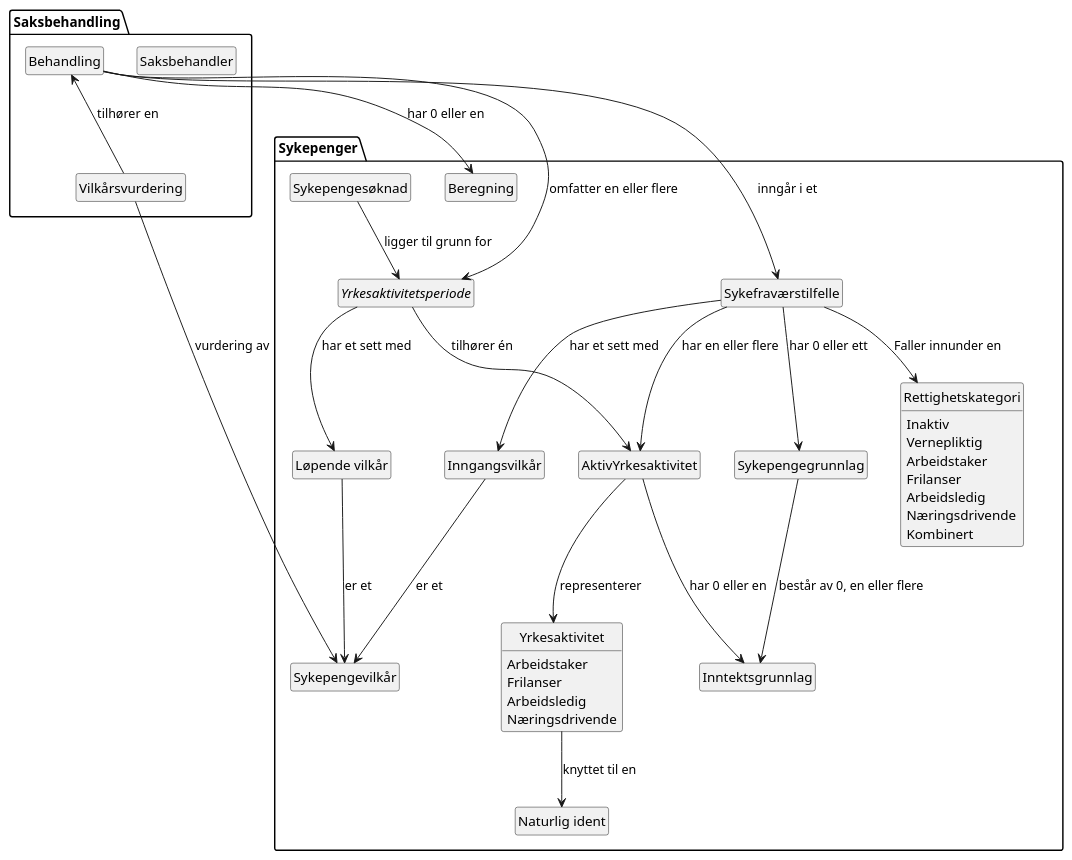
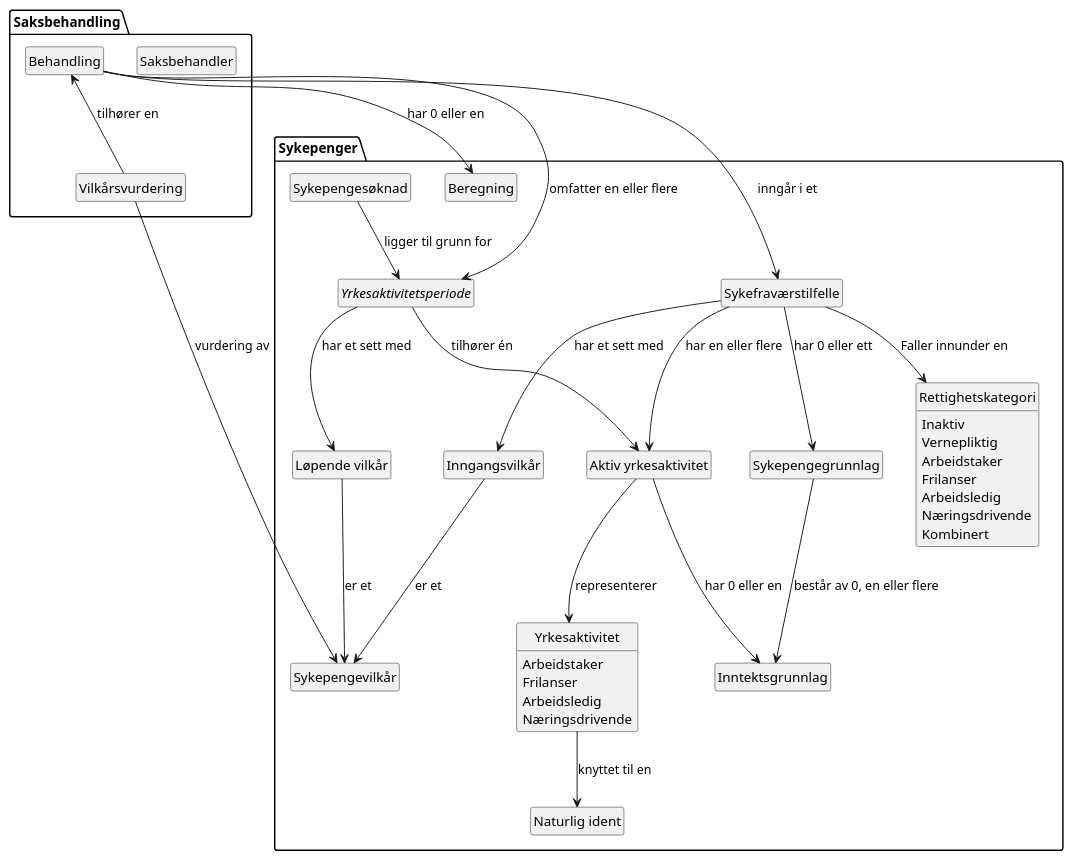
The diagram in docs/domenemodell.puml (navikt/helse-bakrommet), drawn with PlantUML before and after one commit.

Commit message:
📝 Liten rename

```diff
--- a/docs/domenemodell.puml
+++ b/docs/domenemodell.puml
@@ -1,75 +1,75 @@
 @startuml
 
 package Sykepenger {
     class Sykefraværstilfelle
 
     class Sykepengegrunnlag
 
     class Beregning
 
     interface Yrkesaktivitetsperiode
 
-    class AktivYrkesaktivitet
+    class AktivYrkesaktivitet as "Aktiv yrkesaktivitet"
 
     class NaturligIdent as "Naturlig ident"
 
     class Yrkesaktivitet {
         Arbeidstaker
         Frilanser
         Arbeidsledig
         Næringsdrivende
     }
 
     class Rettighetskategori {
         Inaktiv
         Vernepliktig
         Arbeidstaker
         Frilanser
         Arbeidsledig
         Næringsdrivende
         Kombinert
     }
 
     class Inntektsgrunnlag
 
     class Sykepengevilkår
     class Inngangsvilkår
     class LøpendeVilkår as "Løpende vilkår"
 
     class Sykepengesøknad
 }
 
 package Saksbehandling {
     class Saksbehandler
 
     class Behandling
 
     class Vilkårsvurdering
 }
 
 
 Behandling --> Yrkesaktivitetsperiode: omfatter en eller flere
 Behandling --> Sykefraværstilfelle: inngår i et
 Sykefraværstilfelle --> Sykepengegrunnlag: har 0 eller ett
 Sykepengegrunnlag --> Inntektsgrunnlag: består av 0, en eller flere
 AktivYrkesaktivitet --> Inntektsgrunnlag: har 0 eller en
 Yrkesaktivitet --> NaturligIdent: knyttet til en
 AktivYrkesaktivitet --> Yrkesaktivitet: representerer
 Sykefraværstilfelle --> AktivYrkesaktivitet: har en eller flere
 Sykefraværstilfelle --> Rettighetskategori: Faller innunder en
 Sykefraværstilfelle --> Inngangsvilkår: har et sett med
 Yrkesaktivitetsperiode --> LøpendeVilkår: har et sett med
 
 Behandling <-- Vilkårsvurdering: tilhører en
 Yrkesaktivitetsperiode --> AktivYrkesaktivitet: tilhører én
 Sykepengesøknad --> Yrkesaktivitetsperiode: ligger til grunn for
 Behandling --> Beregning: har 0 eller en
 'Rettighetskategori --> Sykepengevilkår: har et sett med
 Vilkårsvurdering --> Sykepengevilkår: vurdering av
 Inngangsvilkår --> Sykepengevilkår: er et
 LøpendeVilkår --> Sykepengevilkår: er et
 
 hide empty members
 hide circle
 
 @enduml
```
